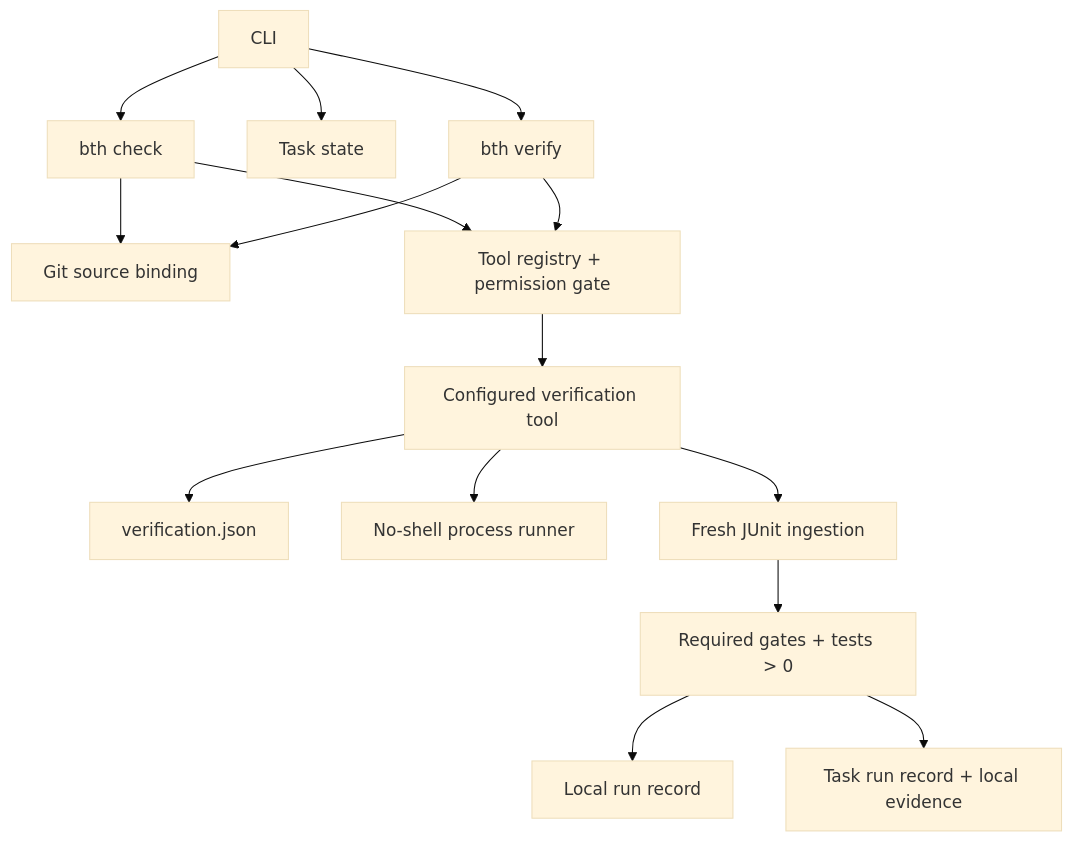
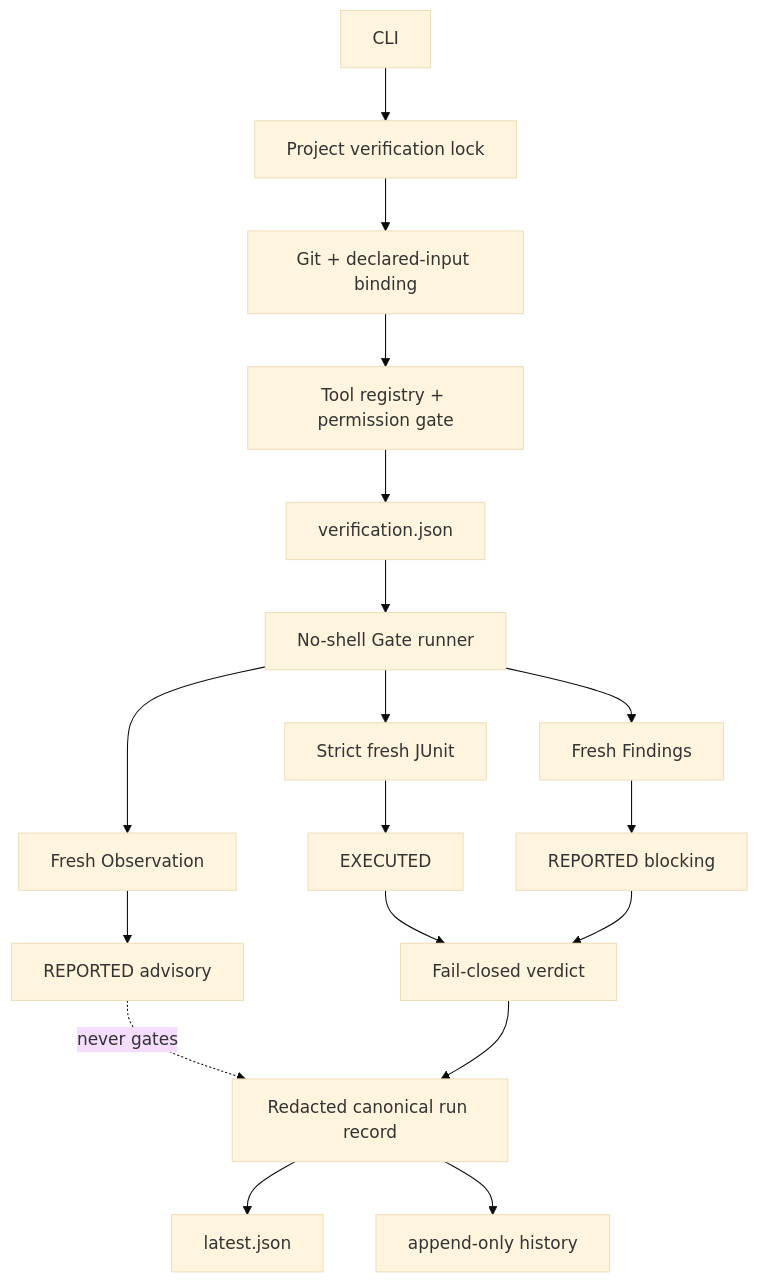
Before and after one commit to yeongwanho/backend-team-harness: the diagram in docs/ARCHITECTURE.md, drawn with Mermaid (base theme). The commit also changed other lines of this file and 74 other files, not shown here.

Commit message:
feat: complete evidence-driven backend verification packs

````diff
--- a/docs/ARCHITECTURE.md
+++ b/docs/ARCHITECTURE.md
@@ -11,17 +11,20 @@
 ```mermaid
 flowchart TB
-  CLI[CLI] --> Check[bth check]
-  CLI --> Task[Task state]
-  CLI --> Verify[bth verify]
-  Check --> Bind[Git source binding]
-  Verify --> Bind
-  Check --> Registry[Tool registry + permission gate]
-  Verify --> Registry
-  Registry --> Runner[Configured verification tool]
-  Runner --> Config[verification.json]
-  Runner --> Process[No-shell process runner]
-  Runner --> JUnit[Fresh JUnit ingestion]
-  JUnit --> Verdict[Required gates + tests > 0]
-  Verdict --> Local[Local run record]
-  Verdict --> Shared[Task run record + local evidence]
+  CLI[CLI] --> Lock[Project verification lock]
+  Lock --> Bind[Git + declared-input binding]
+  Bind --> Registry[Tool registry + permission gate]
+  Registry --> Config[verification.json]
+  Config --> Runner[No-shell Gate runner]
+  Runner --> JUnit[Strict fresh JUnit]
+  Runner --> Findings[Fresh Findings]
+  Runner --> Observation[Fresh Observation]
+  JUnit --> Executed[EXECUTED]
+  Findings --> Reported[REPORTED blocking]
+  Observation --> Advisory[REPORTED advisory]
+  Executed --> Verdict[Fail-closed verdict]
+  Reported --> Verdict
+  Advisory -. never gates .-> Record
+  Verdict --> Record[Redacted canonical run record]
+  Record --> Latest[latest.json]
+  Record --> History[append-only history]
 ```
````
